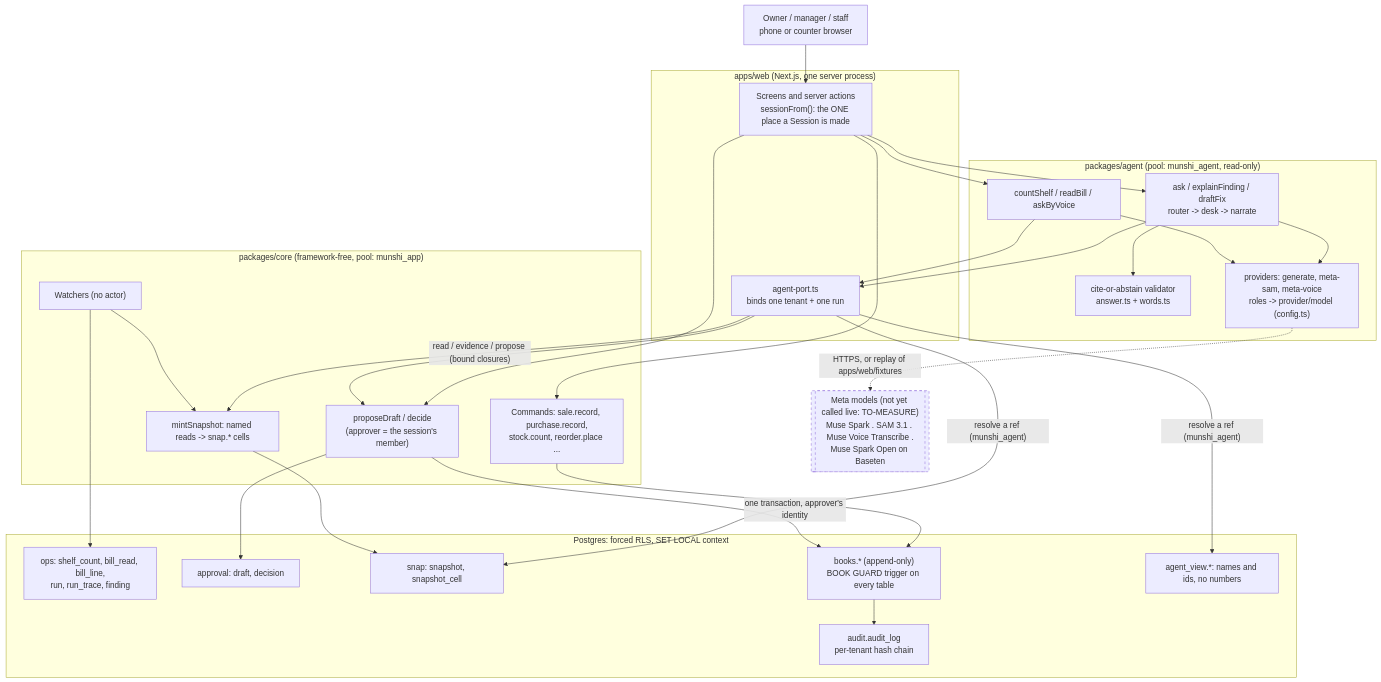
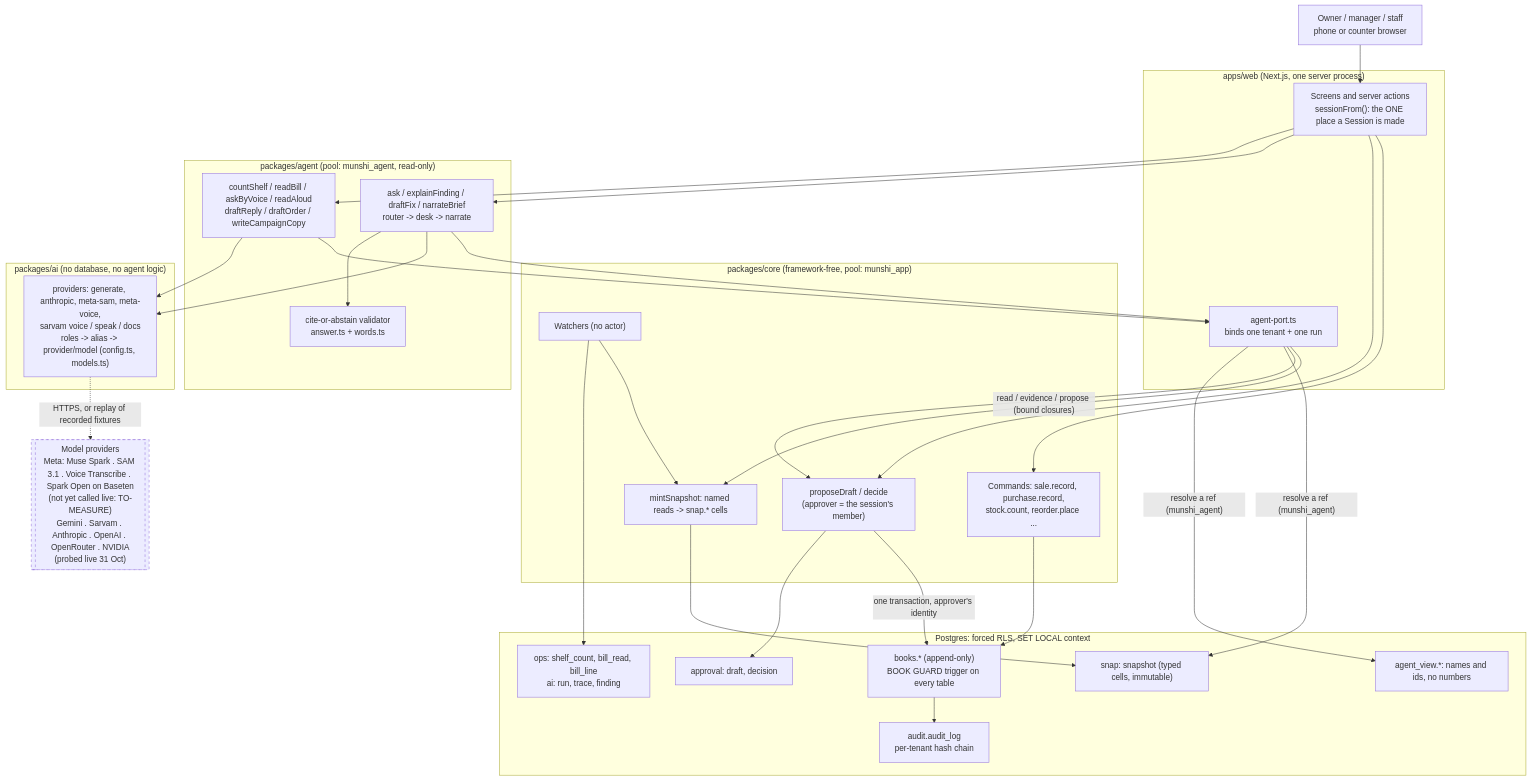
Before and after one commit to SawhneySatvik/munshi: the diagram in docs/architecture-diagram.md, drawn with Mermaid. The commit also changed other lines of this file and 5 other files, not shown here.

````diff
--- a/docs/architecture-diagram.md
+++ b/docs/architecture-diagram.md
@@ -6,54 +6,56 @@
 ```mermaid
 flowchart TB
   person["Owner / manager / staff<br/>phone or counter browser"]
   subgraph web["apps/web (Next.js, one server process)"]
     screens["Screens and server actions<br/>sessionFrom(): the ONE place a Session is made"]
     port["agent-port.ts<br/>binds one tenant + one run"]
   end
   subgraph core["packages/core (framework-free, pool: munshi_app)"]
     cmds["Commands: sale.record, purchase.record,<br/>stock.count, reorder.place ..."]
     appr["proposeDraft / decide<br/>(approver = the session's member)"]
     snaps["mintSnapshot: named reads -> snap.* cells"]
     watch["Watchers (no actor)"]
   end
   subgraph agent["packages/agent (pool: munshi_agent, read-only)"]
-    run["ask / explainFinding / draftFix<br/>router -> desk -> narrate"]
-    photo["countShelf / readBill / askByVoice"]
+    run["ask / explainFinding / draftFix / narrateBrief<br/>router -> desk -> narrate"]
+    photo["countShelf / readBill / askByVoice / readAloud<br/>draftReply / draftOrder / writeCampaignCopy"]
     check["cite-or-abstain validator<br/>answer.ts + words.ts"]
-    adapters["providers: generate, meta-sam, meta-voice<br/>roles -> provider/model (config.ts)"]
   end
-  models[["Meta models (not yet called live: TO-MEASURE)<br/>Muse Spark . SAM 3.1 . Muse Voice Transcribe .<br/>Muse Spark Open on Baseten"]]:::ext
+  subgraph ai["packages/ai (no database, no agent logic)"]
+    adapters["providers: generate, anthropic, meta-sam, meta-voice,<br/>sarvam voice / speak / docs<br/>roles -> alias -> provider/model (config.ts, models.ts)"]
+  end
+  models[["Model providers<br/>Meta: Muse Spark . SAM 3.1 . Voice Transcribe . Spark Open on Baseten<br/>(not yet called live: TO-MEASURE)<br/>Gemini . Sarvam . Anthropic . OpenAI . OpenRouter . NVIDIA<br/>(probed live 31 Oct)"]]:::ext
   subgraph pg["Postgres: forced RLS, SET LOCAL context"]
-    ops["ops: shelf_count, bill_read, bill_line,<br/>run, run_trace, finding"]
+    ops["ops: shelf_count, bill_read, bill_line<br/>ai: run, trace, finding"]
     appv["approval: draft, decision"]
-    snapt["snap: snapshot, snapshot_cell"]
+    snapt["snap: snapshot (typed cells, immutable)"]
     books["books.* (append-only)<br/>BOOK GUARD trigger on every table"]
     audit["audit.audit_log<br/>per-tenant hash chain"]
     views["agent_view.*: names and ids, no numbers"]
   end
 
   person --> screens
   screens --> cmds
   screens --> appr
   screens --> run
   screens --> photo
   run --> port
   photo --> port
   port -- "read / evidence / propose (bound closures)" --> snaps
   port --> appr
   port -- "resolve a ref (munshi_agent)" --> snapt
   port -- "resolve a ref (munshi_agent)" --> views
   run --> adapters
   photo --> adapters
-  adapters -. "HTTPS, or replay of apps/web/fixtures" .-> models
+  adapters -. "HTTPS, or replay of recorded fixtures" .-> models
   run --> check
   cmds --> books
   appr -- "one transaction, approver's identity" --> books
   snaps --> snapt
   watch --> snaps
   watch --> ops
   appr --> appv
   books --> audit
 
   classDef ext stroke-dasharray: 5 5
 ```
````
